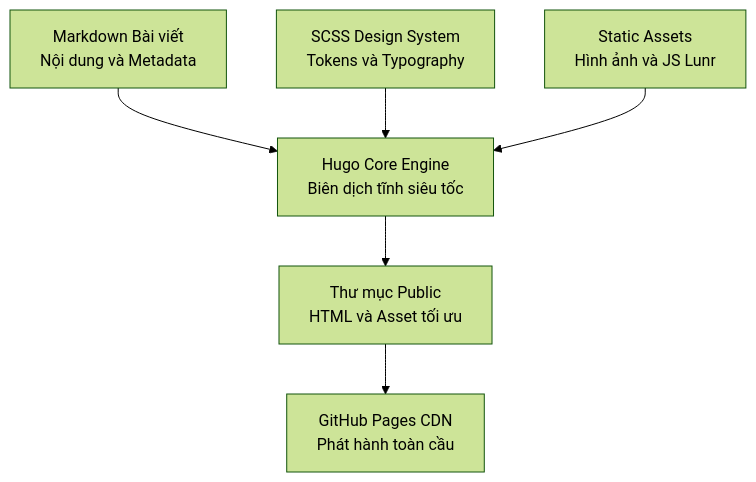
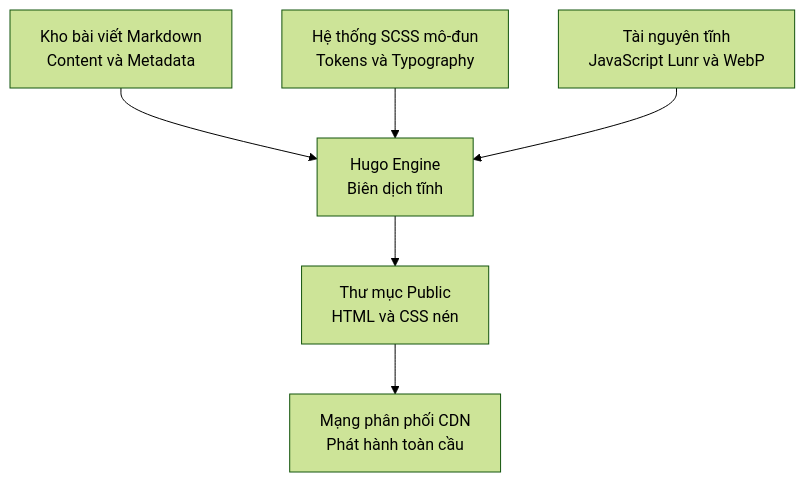
The second of 2 diagrams in content/posts/personal-hugo-technical-blog.md (nguyengoctin/my_website), drawn with Mermaid (forest theme) before and after one commit. The commit also changed other lines of this file and 27 other files, not shown here.

````diff
--- a/content/posts/personal-hugo-technical-blog.md
+++ b/content/posts/personal-hugo-technical-blog.md
@@ -22,14 +58,14 @@
 ```mermaid
 flowchart TD
-    MD["Markdown Bài viết<br/>Nội dung và Metadata"]
-    SCSS["SCSS Design System<br/>Tokens và Typography"]
-    Assets["Static Assets<br/>Hình ảnh và JS Lunr"]
-    Hugo["Hugo Core Engine<br/>Biên dịch tĩnh siêu tốc"]
-    Dist["Thư mục Public<br/>HTML và Asset tối ưu"]
-    GHPages["GitHub Pages CDN<br/>Phát hành toàn cầu"]
-    MD --> Hugo
-    SCSS --> Hugo
-    Assets --> Hugo
-    Hugo --> Dist
-    Dist --> GHPages
+    MDSource["Kho bài viết Markdown<br/>Content và Metadata"]
+    SCSSSystem["Hệ thống SCSS mô-đun<br/>Tokens và Typography"]
+    ClientAssets["Tài nguyên tĩnh<br/>JavaScript Lunr và WebP"]
+    HugoEngine["Hugo Engine<br/>Biên dịch tĩnh"]
+    PublicDist["Thư mục Public<br/>HTML và CSS nén"]
+    EdgeCDN["Mạng phân phối CDN<br/>Phát hành toàn cầu"]
+    MDSource --> HugoEngine
+    SCSSSystem --> HugoEngine
+    ClientAssets --> HugoEngine
+    HugoEngine --> PublicDist
+    PublicDist --> EdgeCDN
 ```
````
